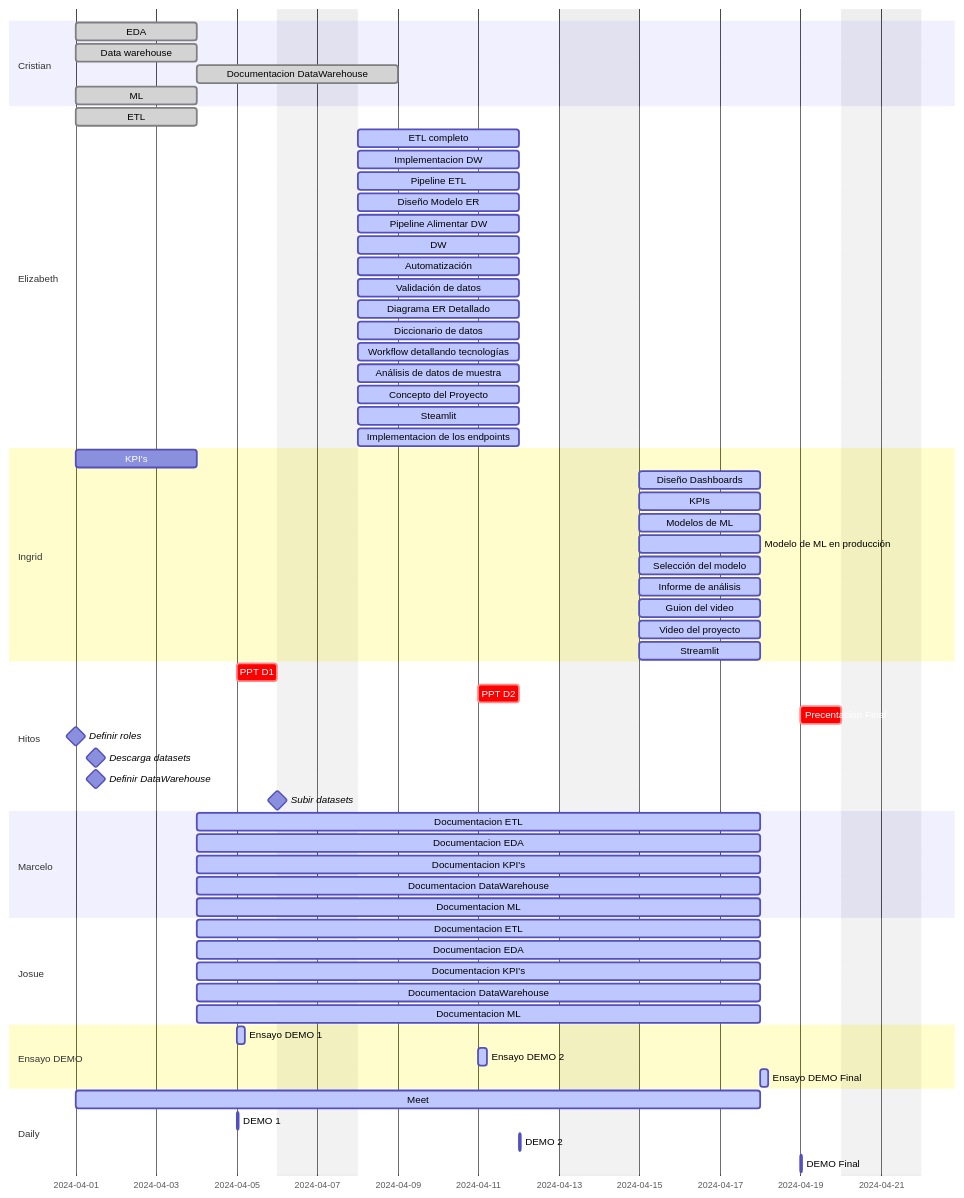
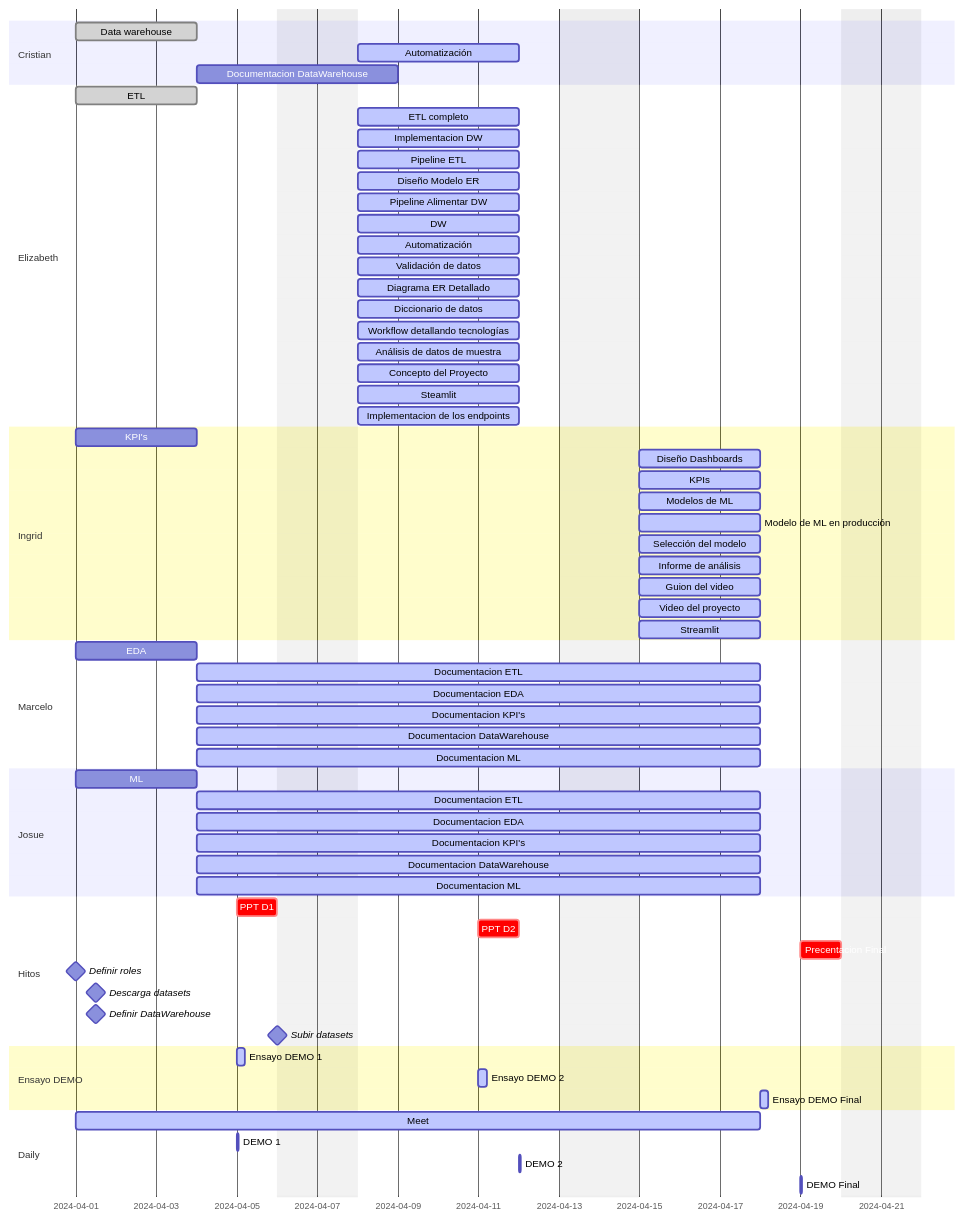
Before and after one commit to marceloyuba/SDT: the diagram in Documentacion/Gantt.md, drawn with Mermaid.

````diff
--- a/Documentacion/Gantt.md
+++ b/Documentacion/Gantt.md
@@ -2,81 +2,83 @@
 ```mermaid
 gantt
    
     dateFormat  YYYY-MM-DD
     excludes     saturday sunday
     %% (`excludes` accepts specific dates in YYYY-MM-DD format, days of the week ("sunday") or "weekends", but not the word "weekdays".)
 
     section Cristian
     
-    EDA                       :done,  des2, 2024-04-01, 3d
-    
     Data warehouse            :done,   des4, 2024-04-01, 3d
-    Documentacion DataWarehouse       :done, a1, after des4, 3d
-    ML                        :done, des5, 2024-04-01, 3d               
+    Automatización             :active,    des11, 2024-04-08, 4d
+    Documentacion DataWarehouse       : a1, after des4, 3d
+              
 
     section Elizabeth
 
     ETL                       :done,    des1, 2024-04-01, 3d 
     ETL completo               :active,    des6, 2024-04-08, 4d
     Implementacion DW         :active,    des7, 2024-04-08, 4d
     Pipeline ETL               :active,    des8, 2024-04-08, 4d
     Diseño Modelo ER           :active,    des8, 2024-04-08, 4d 
     Pipeline Alimentar DW       :active,    des9, 2024-04-08, 4d
     DW                          :active,    des10, 2024-04-08, 4d
     Automatización             :active,    des11, 2024-04-08, 4d
     Validación de datos         :active,    des12, 2024-04-08, 4d
     Diagrama ER Detallado       :active,    des13, 2024-04-08, 4d
     Diccionario de datos        :active,    des14, 2024-04-08, 4d
     Workflow detallando tecnologías :active,    des15, 2024-04-08, 4d
     Análisis de datos de muestra   :active,    des16, 2024-04-08, 4d
     Concepto del Proyecto         :active,    des17, 2024-04-08, 4d
     Steamlit                     :active,    des18, 2024-04-08, 4d
     Implementacion de los endpoints     :active,    des19, 2024-04-08, 4d
 
     section Ingrid
     KPI's                     :   des3,  2024-04-01, 3d
     Diseño Dashboards              :active,    des20, 2024-04-15, 3d
     KPIs                           :active,    des21, 2024-04-15, 3d
     Modelos de ML                   :active,    des22, 2024-04-15, 3d
     Modelo de ML en producción      :active,    des23, 2024-04-15, 3d
     Selección del modelo         :active,    des24, 2024-04-15, 3d
     Informe de análisis               :active,    des25, 2024-04-15, 3d
     Guion del video                  :active,    des26, 2024-04-15, 3d
     Video del proyecto              :active,    des27, 2024-04-15, 3d
     Streamlit                       :active, des28, 2024-04-15, 3d
 
+
+    section Marcelo
+    EDA                          :  des2, 2024-04-01, 3d
+    Documentacion ETL               :active, a1, after des1, 10d
+    Documentacion EDA              :active, a1, after des1, 10d
+    Documentacion KPI's              :active, a1, after des1, 10d
+    Documentacion DataWarehouse       :active, a1, after des1, 10d
+    Documentacion ML                   :active, a1, after des1, 10d
+
+   section Josue
+    ML                           : des5, 2024-04-01, 3d     
+    Documentacion ETL               :active, a1, after des1, 10d
+    Documentacion EDA              :active, a1, after des1, 10d
+    Documentacion KPI's              :active, a1, after des1, 10d
+    Documentacion DataWarehouse       :active, a1, after des1, 10d
+    Documentacion ML                   :active, a1, after des1, 10d
+
     section Hitos
     PPT D1                              :crit,  2024-04-05,24h
     PPT D2                              :crit,  2024-04-11,24h
     Precentacion Final                          :crit,  2024-04-19,24h
     Definir roles                       :milestone, isadded, 2024-04-01, 0d
     Descarga datasets                   :milestone, isadded, 2024-04-01, 24h
     Definir DataWarehouse               :milestone,isadded, 2024-04-01, 24h
     Subir datasets                      :milestone,isadded 2024-04-04, 2d
-
-    section Marcelo
-    Documentacion ETL               :active, a1, after des1, 10d
-    Documentacion EDA              :active, a1, after des1, 10d
-    Documentacion KPI's              :active, a1, after des1, 10d
-    Documentacion DataWarehouse       :active, a1, after des1, 10d
-    Documentacion ML                   :active, a1, after des1, 10d
-
-   section Josue
-    Documentacion ETL               :active, a1, after des1, 10d
-    Documentacion EDA              :active, a1, after des1, 10d
-    Documentacion KPI's              :active, a1, after des1, 10d
-    Documentacion DataWarehouse       :active, a1, after des1, 10d
-    Documentacion ML                   :active, a1, after des1, 10d
 
     section Ensayo DEMO
     Ensayo DEMO 1                       :active, 2024-04-05, 5h
     Ensayo DEMO 2                       :active, 2024-04-11, 5h
     Ensayo DEMO Final                  :active, 2024-04-18, 5h
 
     section Daily
     Meet                               :active,a2, 2024-04-01, 2024-04-18
     DEMO 1                             :active, 2024-04-05, 1h
     DEMO 2                             :active, 2024-04-12, 1h
     DEMO Final                             :active, 2024-04-19, 1h
    
 ```
````
